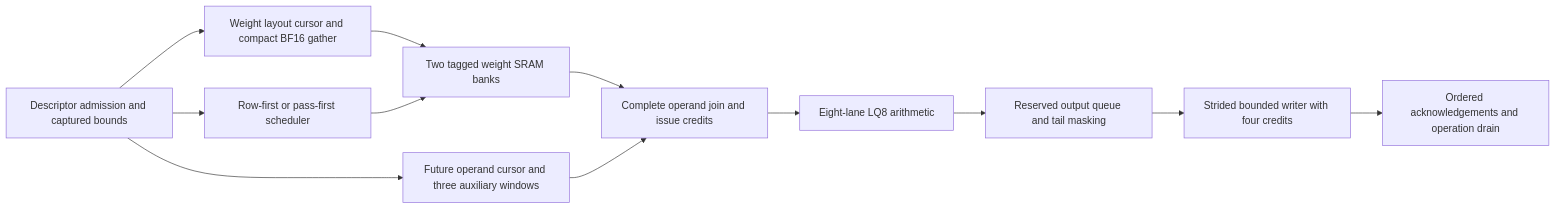
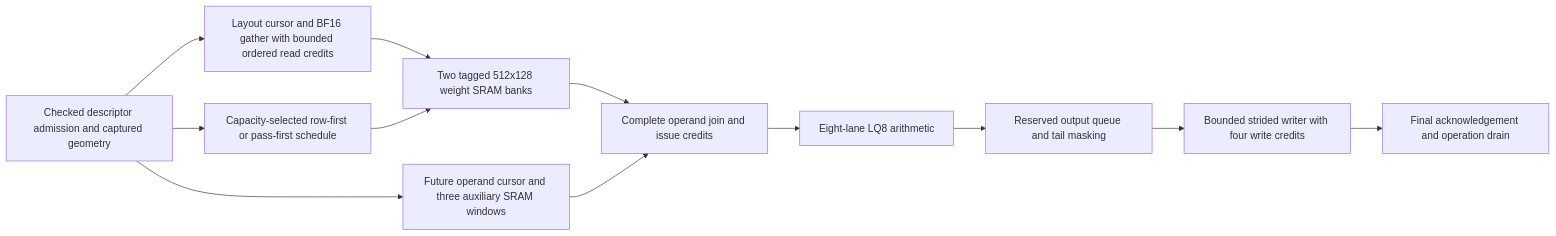
The diagram in docs/ARCHITECTURE_REVIEW_SUMMARY.md (bojieli/OpenTallas), drawn with Mermaid before and after one commit. The commit also changed other lines of this file, not shown here.

Commit message:
Consolidate architecture review with measured gains and remaining targets

````diff
--- a/docs/ARCHITECTURE_REVIEW_SUMMARY.md
+++ b/docs/ARCHITECTURE_REVIEW_SUMMARY.md
@@ -24,14 +27,14 @@
 ```mermaid
 flowchart LR
-    A[Descriptor admission and captured bounds] --> B[Weight layout cursor and compact BF16 gather]
-    A --> S[Row-first or pass-first scheduler]
-    B --> C[Two tagged weight SRAM banks]
+    A[Checked descriptor admission and captured geometry] --> S[Capacity-selected row-first or pass-first schedule]
+    A --> B[Layout cursor and BF16 gather with bounded ordered read credits]
+    B --> C[Two tagged 512x128 weight SRAM banks]
     S --> C
-    A --> D[Future operand cursor and three auxiliary windows]
+    A --> D[Future operand cursor and three auxiliary SRAM windows]
     C --> E[Complete operand join and issue credits]
     D --> E
     E --> F[Eight-lane LQ8 arithmetic]
     F --> G[Reserved output queue and tail masking]
-    G --> H[Strided bounded writer with four credits]
-    H --> I[Ordered acknowledgements and operation drain]
+    G --> H[Bounded strided writer with four write credits]
+    H --> I[Final acknowledgement and operation drain]
 ```
````
